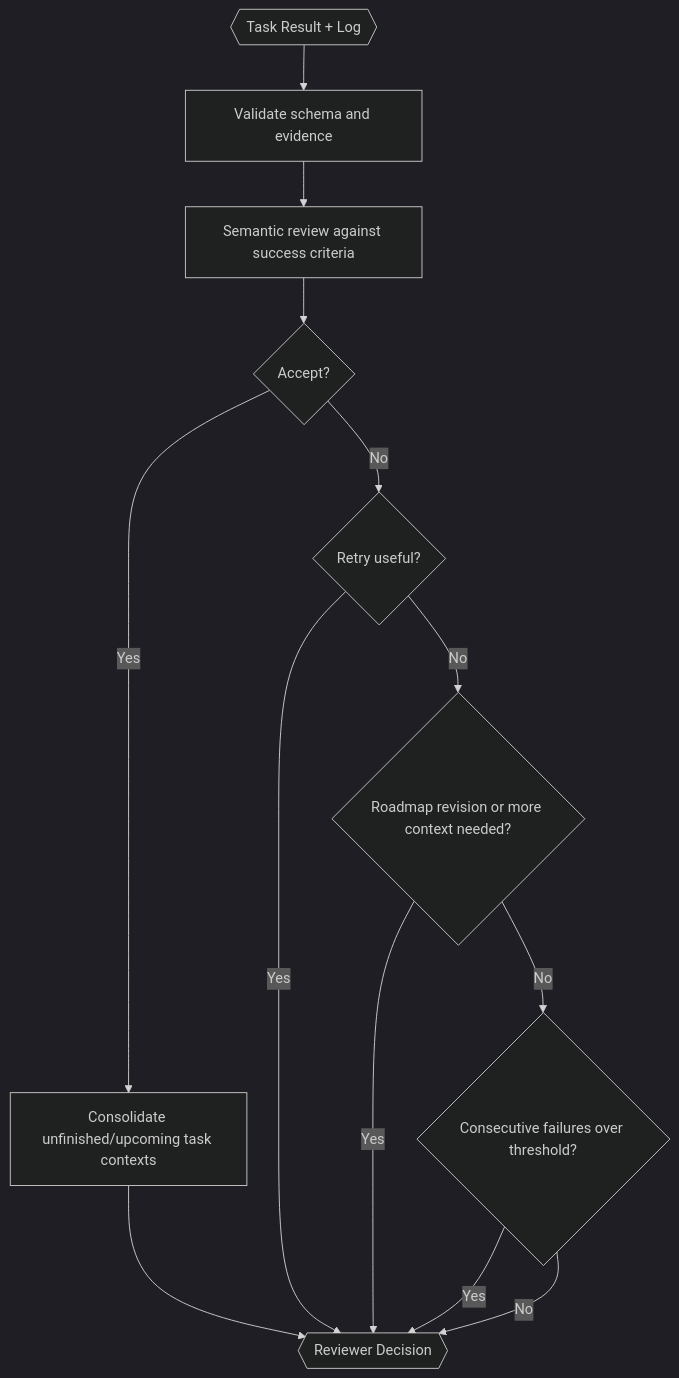
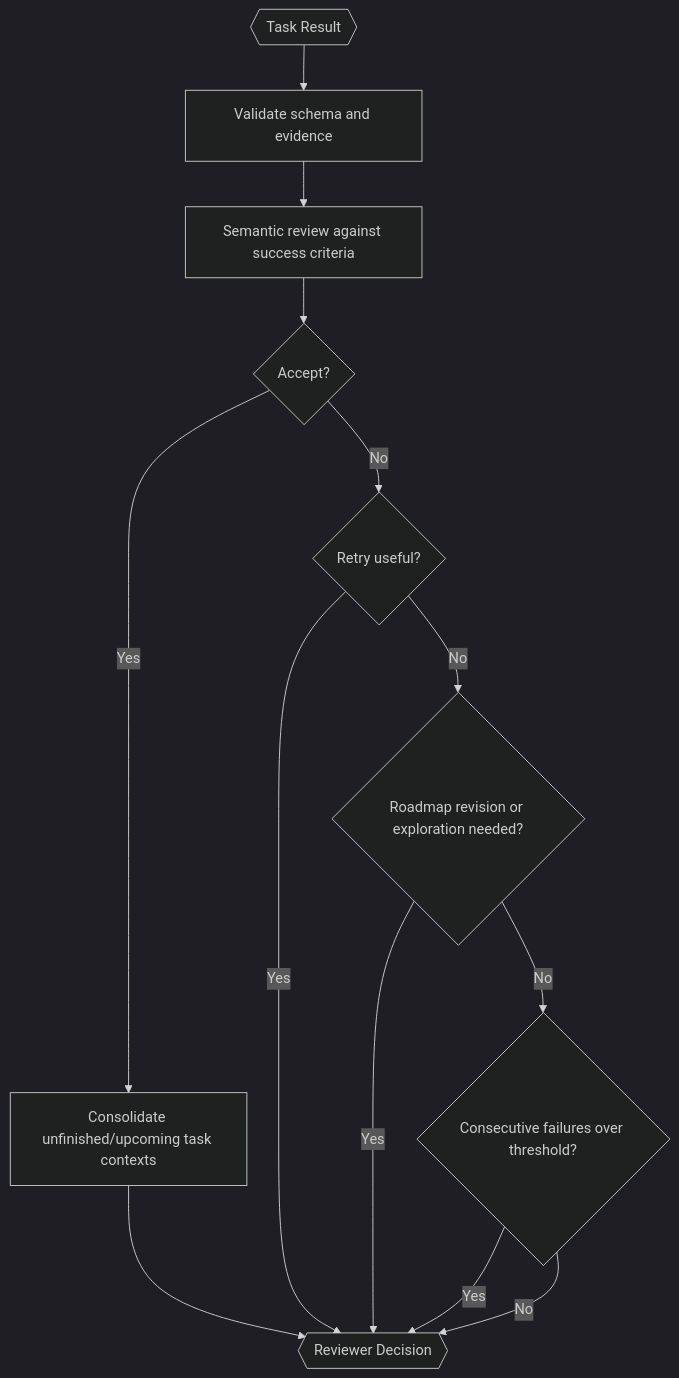
Before and after one commit to VJyzCELERY/TINYCUA: the diagram in src/tinycua/docs/architecture/task-reviewer.md, drawn with Mermaid (dark theme). The commit also changed other lines of this file and 16 other files, not shown here.

First line of the commit message:
docs(architecture): review-driven refinements to architecture documentation

````diff
--- a/src/tinycua/docs/architecture/task-reviewer.md
+++ b/src/tinycua/docs/architecture/task-reviewer.md
@@ -66,25 +66,25 @@
 ```mermaid
 flowchart TD
-    INPUT{{"Task Result + Log"}}
+    INPUT{{"Task Result"}}
     CHECK["Validate schema and evidence"]
     REVIEW["Semantic review against success criteria"]
     ACCEPT{"Accept?"}
     PROP["Consolidate unfinished/upcoming task contexts"]
     RETRY{"Retry useful?"}
-    REPLAN{"Roadmap revision or more context needed?"}
+    REPLAN{"Roadmap revision or exploration needed?"}
     FAILS{"Consecutive failures over threshold?"}
     OUT{{"Reviewer Decision"}}
 
     INPUT --> CHECK
     CHECK --> REVIEW
     REVIEW --> ACCEPT
     ACCEPT -->|Yes| PROP
     PROP --> OUT
     ACCEPT -->|No| RETRY
     RETRY -->|Yes| OUT
     RETRY -->|No| REPLAN
     REPLAN -->|Yes| OUT
     REPLAN -->|No| FAILS
     FAILS -->|Yes| OUT
     FAILS -->|No| OUT
 ```
````
